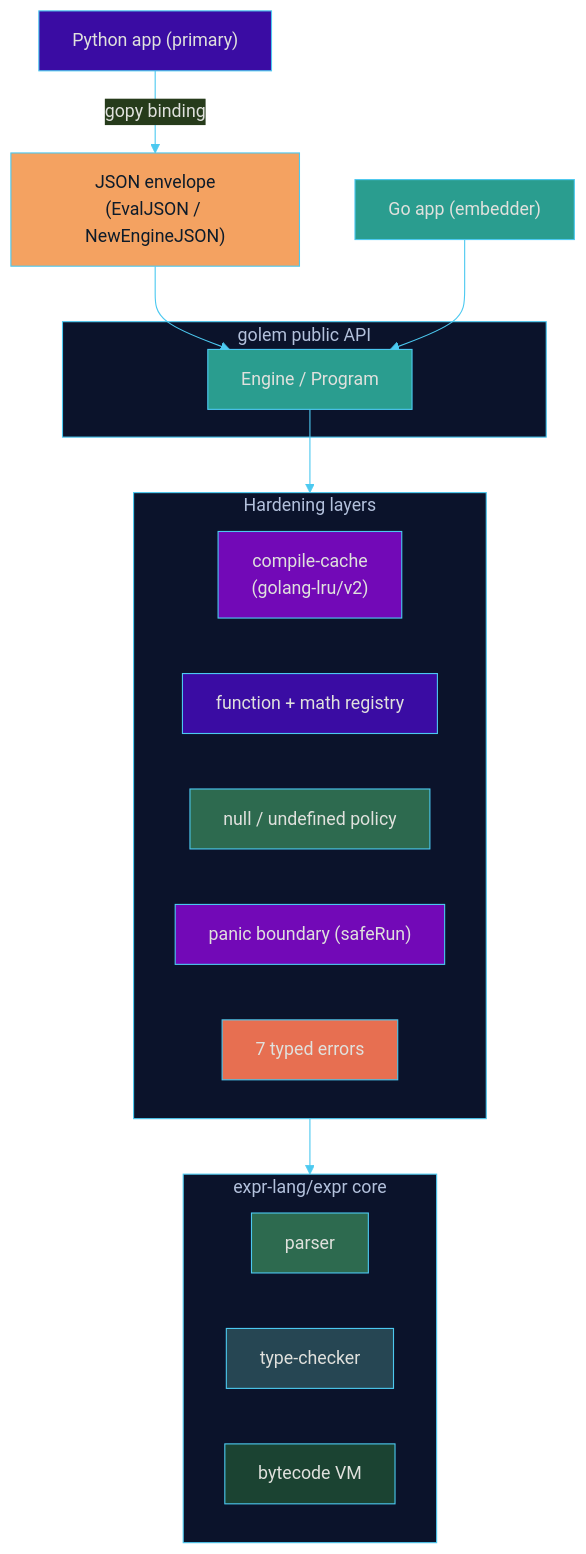
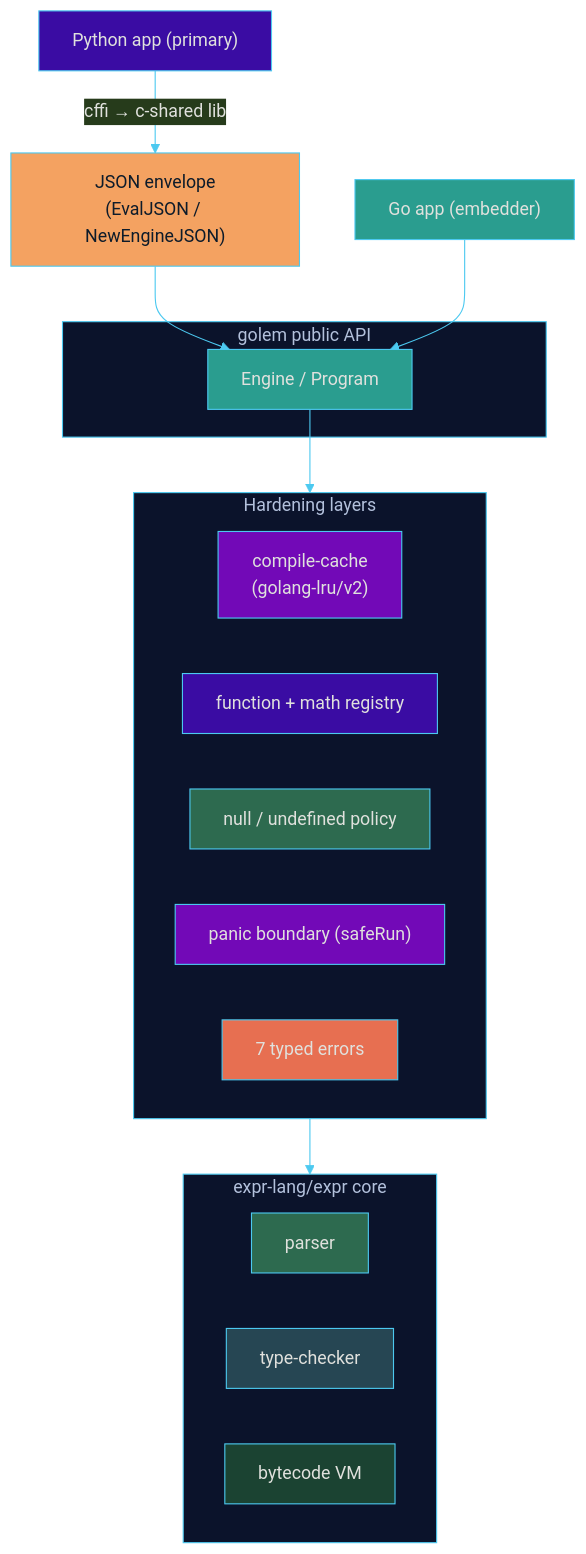
Before and after one commit to enchanter-ai/golem: the first of 2 diagrams in README.md, drawn with Mermaid. The commit also changed other lines of this file, not shown here.

Commit message:
docs(readme): self-contained pip install; cffi/c-shared binding (not gopy)

````diff
--- a/README.md
+++ b/README.md
@@ -380,55 +382,55 @@
 ```mermaid
 %%{init: {'theme':'base', 'themeVariables': {'background':'#0d1b2a','primaryColor':'#1b263b','primaryTextColor':'#e0e1dd','primaryBorderColor':'#4cc9f0','lineColor':'#4cc9f0','clusterBkg':'#0b132b','clusterBorder':'#4cc9f0','fontFamily':'ui-monospace, SFMono-Regular, monospace'}}}%%
 flowchart TD
-    PyApp["Python app (primary)"] -->|"gopy binding"| ENV["JSON envelope<br/>(EvalJSON / NewEngineJSON)"]
+    PyApp["Python app (primary)"] -->|"cffi → c-shared lib"| ENV["JSON envelope<br/>(EvalJSON / NewEngineJSON)"]
     ENV --> API
     GoApp["Go app (embedder)"] --> API
 
     subgraph PUBLIC["golem public API"]
         API["Engine / Program"]
     end
 
     API --> HARDEN
 
     subgraph HARDEN["Hardening layers"]
         CACHE["compile-cache<br/>(golang-lru/v2)"]
         REG["function + math registry"]
         NULLP["null / undefined policy"]
         PANIC["panic boundary (safeRun)"]
         ERRS["7 typed errors"]
     end
 
     HARDEN --> CORE
 
     subgraph CORE["expr-lang/expr core"]
         PARSER["parser"]
         CHECKER["type-checker"]
         VM["bytecode VM"]
     end
 
     classDef py fill:#3a0ca3,stroke:#4cc9f0,color:#e0e1dd;
     classDef envelope fill:#f4a261,stroke:#4cc9f0,color:#0d1b2a;
     classDef go fill:#2a9d8f,stroke:#4cc9f0,color:#e0e1dd;
     classDef api fill:#2a9d8f,stroke:#4cc9f0,color:#e0e1dd;
     classDef cache fill:#7209b7,stroke:#4cc9f0,color:#e0e1dd;
     classDef reg fill:#3a0ca3,stroke:#4cc9f0,color:#e0e1dd;
     classDef nullp fill:#2d6a4f,stroke:#4cc9f0,color:#e0e1dd;
     classDef panic fill:#7209b7,stroke:#4cc9f0,color:#e0e1dd;
     classDef errs fill:#e76f51,stroke:#4cc9f0,color:#e0e1dd;
     classDef parser fill:#2d6a4f,stroke:#4cc9f0,color:#e0e1dd;
     classDef checker fill:#264653,stroke:#4cc9f0,color:#e0e1dd;
     classDef vm fill:#1b4332,stroke:#4cc9f0,color:#e0e1dd;
 
     class PyApp py;
     class ENV envelope;
     class GoApp go;
     class API api;
     class CACHE cache;
     class REG reg;
     class NULLP nullp;
     class PANIC panic;
     class ERRS errs;
     class PARSER parser;
     class CHECKER checker;
     class VM vm;
 ```
````
